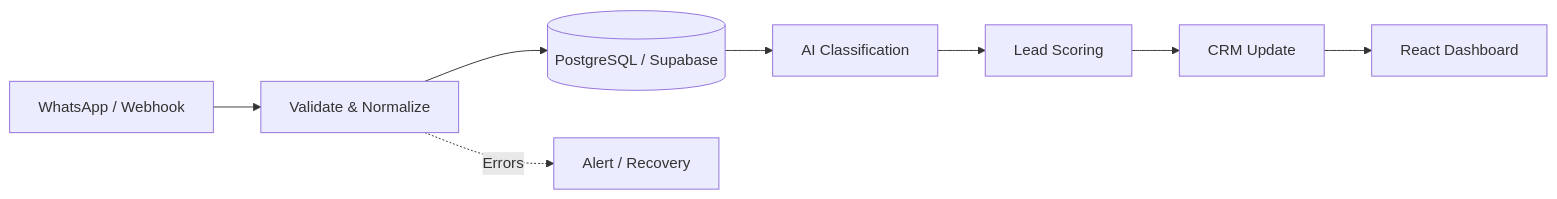
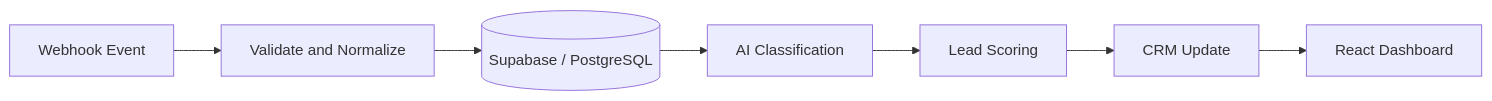
The second of 2 diagrams in README.md (Aravindan-001/Aravindan-001), drawn with Mermaid before and after one commit. The commit also changed other lines of this file, not shown here.

````diff
--- a/README.md
+++ b/README.md
@@ -300,10 +395,9 @@
 ```mermaid
 flowchart LR
-    W[WhatsApp / Webhook] --> V[Validate & Normalize]
-    V --> P[(PostgreSQL / Supabase)]
-    P --> AI[AI Classification]
-    AI --> S[Lead Scoring]
-    S --> CRM[CRM Update]
-    CRM --> UI[React Dashboard]
-    V -. Errors .-> A[Alert / Recovery]
+    A[Webhook Event] --> B[Validate and Normalize]
+    B --> C[(Supabase / PostgreSQL)]
+    C --> D[AI Classification]
+    D --> E[Lead Scoring]
+    E --> F[CRM Update]
+    F --> G[React Dashboard]
 ```
````
